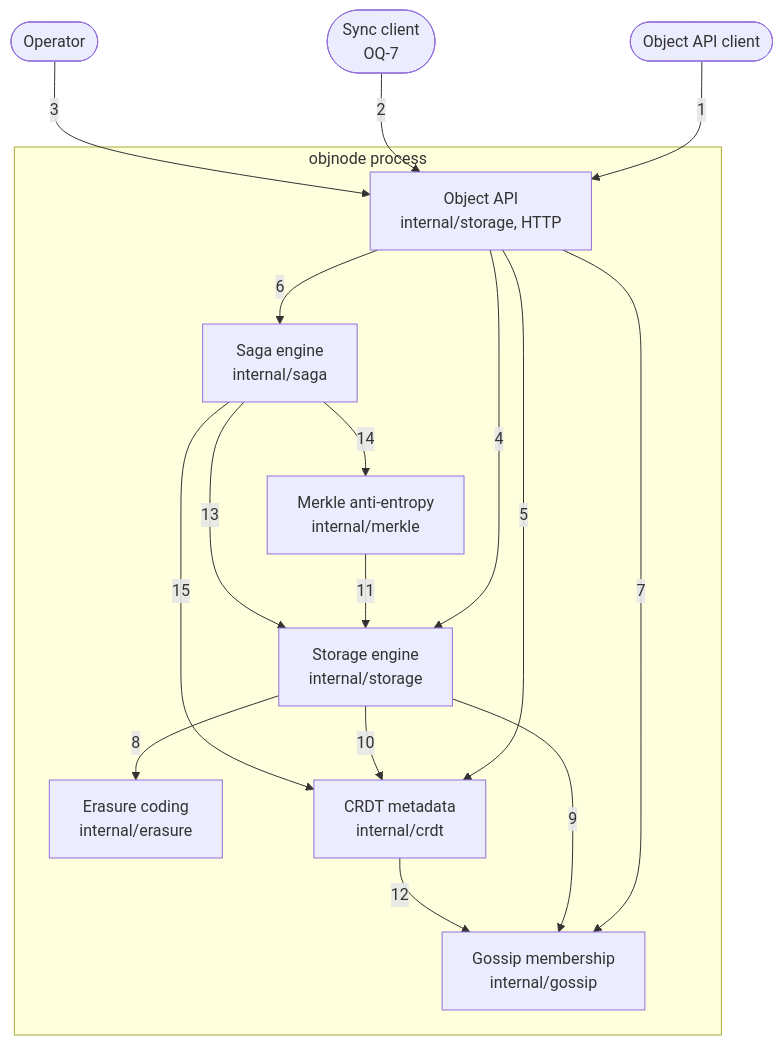
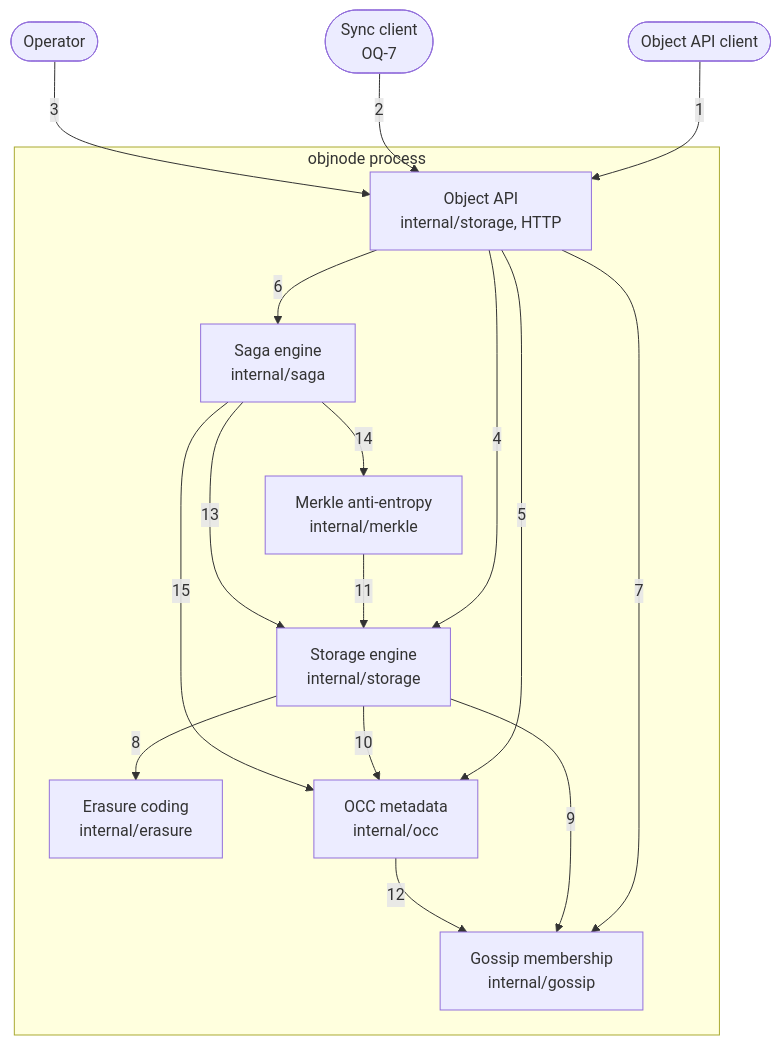
Before and after one commit to nickstrad/decentralized-object-store: the diagram in docs/c4/02-container.md, drawn with Mermaid. The commit also changed other lines of this file and 26 other files, not shown here.

````diff
--- a/docs/c4/02-container.md
+++ b/docs/c4/02-container.md
@@ -9,30 +9,30 @@
 ```mermaid
 flowchart TB
   CLIENT(["Object API client"])
   SYNC(["Sync client<br/>OQ-7"])
   OPER(["Operator"])
   subgraph OBJNODE["objnode process"]
     API["Object API<br/>internal/storage, HTTP"]
     STORAGE["Storage engine<br/>internal/storage"]
     ERASURE["Erasure coding<br/>internal/erasure"]
     GOSSIP["Gossip membership<br/>internal/gossip"]
     MERKLE["Merkle anti-entropy<br/>internal/merkle"]
-    CRDT["CRDT metadata<br/>internal/crdt"]
+    OCC["OCC metadata<br/>internal/occ"]
     SAGA["Saga engine<br/>internal/saga"]
   end
   CLIENT -->|1| API
   SYNC -->|2| API
   OPER -->|3| API
   API -->|4| STORAGE
-  API -->|5| CRDT
+  API -->|5| OCC
   API -->|6| SAGA
   API -->|7| GOSSIP
   STORAGE -->|8| ERASURE
   STORAGE -->|9| GOSSIP
-  STORAGE -->|10| CRDT
+  STORAGE -->|10| OCC
   MERKLE -->|11| STORAGE
-  CRDT -->|12| GOSSIP
+  OCC -->|12| GOSSIP
   SAGA -->|13| STORAGE
   SAGA -->|14| MERKLE
-  SAGA -->|15| CRDT
+  SAGA -->|15| OCC
 ```
````
